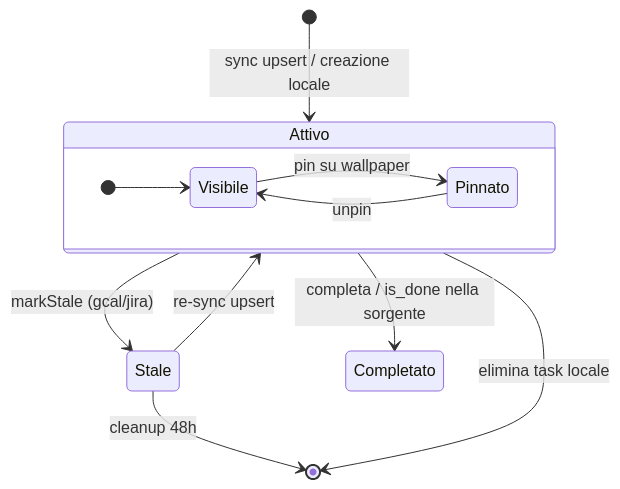
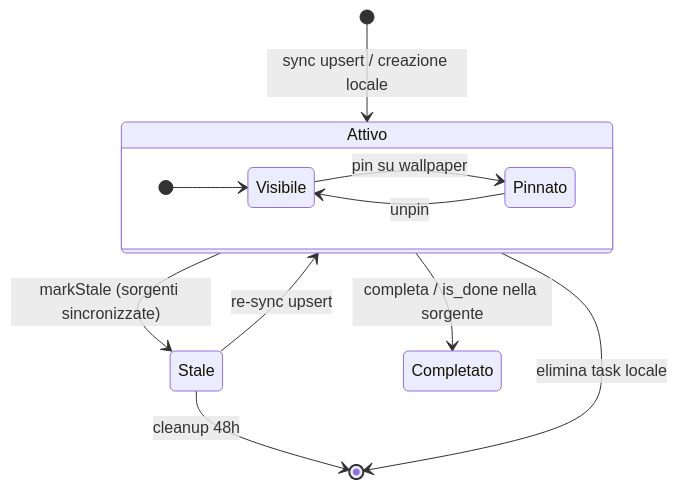
One commit to AndreaBonn/deadline-aura changed the third of 4 diagrams in docs/ARCHITECTURE.it.md. Above: the diagram before and after it, drawn with Mermaid. The commit also changed other lines of this file and 3 other files, not shown here.

````diff
--- a/docs/ARCHITECTURE.it.md
+++ b/docs/ARCHITECTURE.it.md
@@ -116,17 +133,17 @@
 ```mermaid
 stateDiagram-v2
   [*] --> Attivo : sync upsert / creazione locale
 
-  Attivo --> Stale : markStale (gcal/jira)
+  Attivo --> Stale : markStale (sorgenti sincronizzate)
   Stale --> Attivo : re-sync upsert
   Attivo --> Completato : completa / is_done nella sorgente
   Attivo --> [*] : elimina task locale
   Stale --> [*] : cleanup 48h
 
   state Attivo {
     direction LR
     [*] --> Visibile
     Visibile --> Pinnato : pin su wallpaper
     Pinnato --> Visibile : unpin
   }
 ```
````
